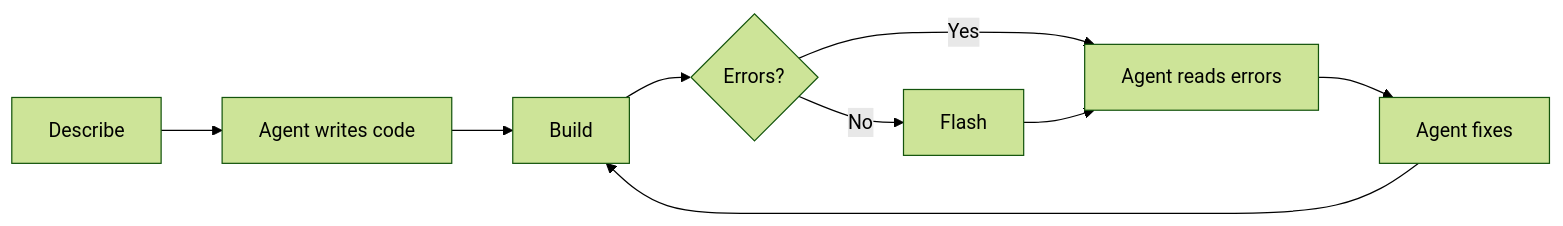
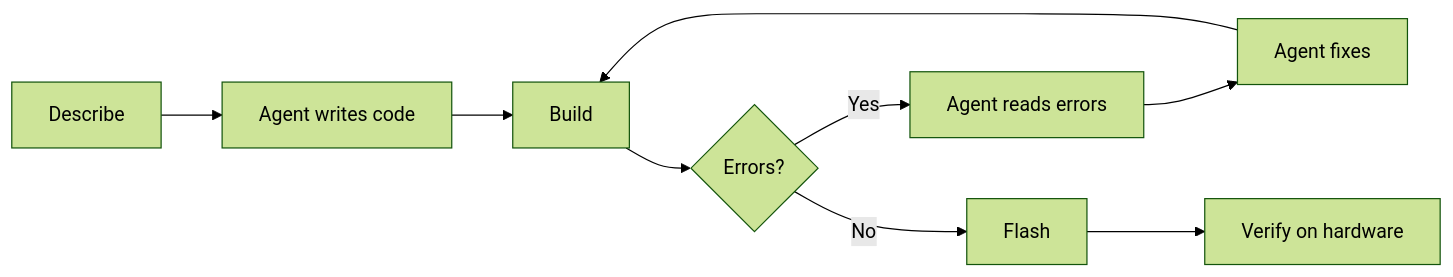
The second of 2 diagrams in content/workshops/ai-agent-coding-for-esp-idf/introduction/index.md (espressif/developer-portal), drawn with Mermaid (forest theme) before and after one commit. The commit also changed other lines of this file and 9 other files, not shown here.

````diff
--- a/content/workshops/ai-agent-coding-for-esp-idf/introduction/index.md
+++ b/content/workshops/ai-agent-coding-for-esp-idf/introduction/index.md
@@ -93,11 +93,11 @@
 ```mermaid
 flowchart LR
     A[Describe] --> B[Agent writes code]
     B --> C[Build]
     C --> D{Errors?}
     D -- Yes --> E[Agent reads errors]
     E --> F[Agent fixes]
     F --> C
     D -- No --> G[Flash]
-    G --> E
+    G --> H[Verify on hardware]
 ```
````
